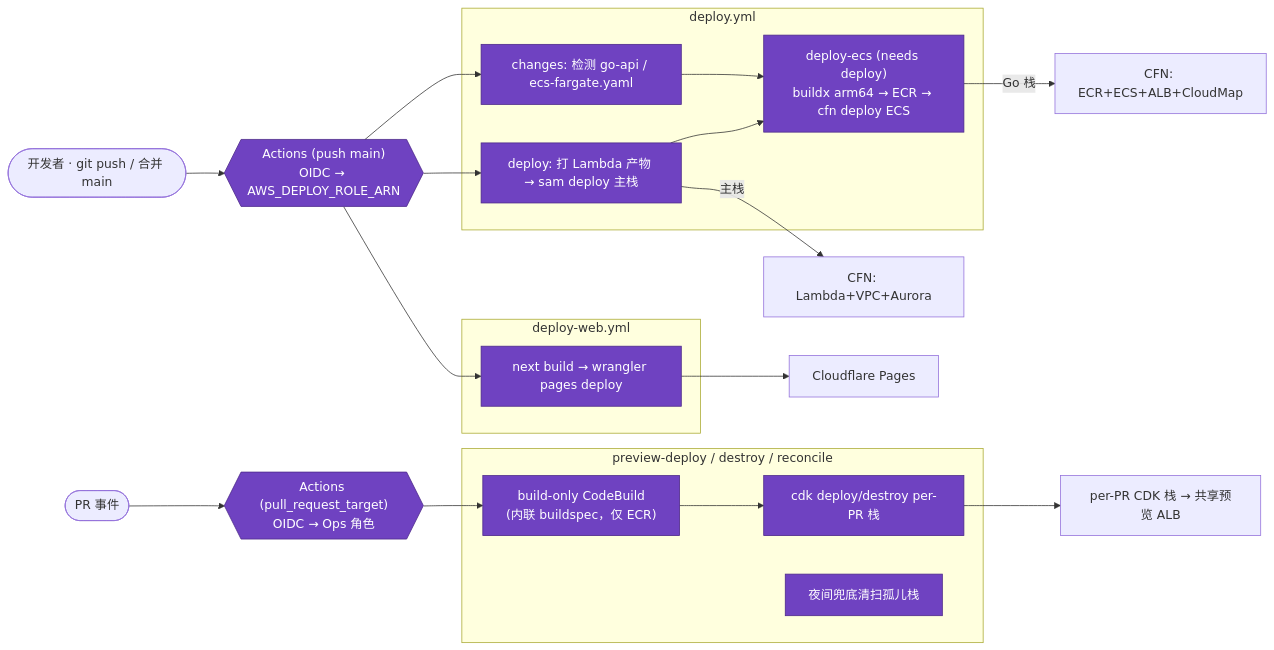
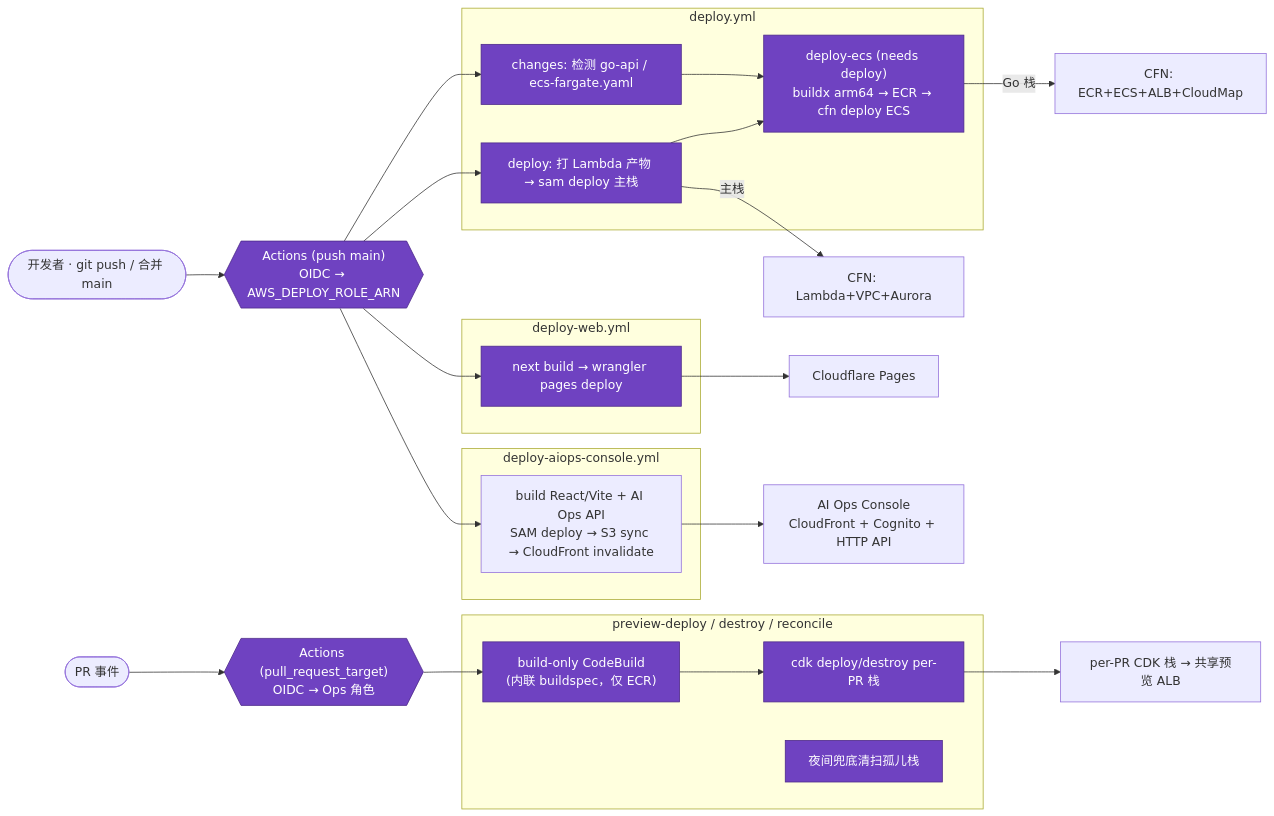
One commit to PrettyKing/github-repositories-fllow changed the third of 9 diagrams in docs/架构图.md. Above: the diagram before and after it, drawn with Mermaid. The commit also changed other lines of this file and 32 other files, not shown here.

Commit message:
feat: add React AI Ops console

````diff
--- a/docs/架构图.md
+++ b/docs/架构图.md
@@ -100,35 +120,40 @@
 ```mermaid
 graph LR
     Dev(["开发者 · git push / 合并 main"]) --> GHA{{"Actions (push main)<br/>OIDC → AWS_DEPLOY_ROLE_ARN"}}
     PRev(["PR 事件"]) --> GHA2{{"Actions (pull_request_target)<br/>OIDC → Ops 角色"}}
 
     subgraph W1["deploy.yml"]
         J1["deploy: 打 Lambda 产物 → sam deploy 主栈"]
         J2["changes: 检测 go-api / ecs-fargate.yaml"]
         J3["deploy-ecs (needs deploy)<br/>buildx arm64 → ECR → cfn deploy ECS"]
     end
     subgraph W2["deploy-web.yml"]
         J4["next build → wrangler pages deploy"]
     end
     subgraph W3["preview-deploy / destroy / reconcile"]
         J5["build-only CodeBuild<br/>(内联 buildspec，仅 ECR)"]
         J6["cdk deploy/destroy per-PR 栈"]
         J7["夜间兜底清扫孤儿栈"]
     end
+    subgraph W4["deploy-aiops-console.yml"]
+        J8["build React/Vite + AI Ops API<br/>SAM deploy → S3 sync → CloudFront invalidate"]
+    end
 
     J5 --> J6
     GHA --> J1
     GHA --> J2
     J1 --> J3
     J2 --> J3
     GHA --> J4
+    GHA --> J8
     GHA2 --> J5
 
     J1 -->|主栈| CFN1["CFN: Lambda+VPC+Aurora"]
     J3 -->|Go 栈| CFN2["CFN: ECR+ECS+ALB+CloudMap"]
     J4 --> PAGES["Cloudflare Pages"]
     J6 --> ENV["per-PR CDK 栈 → 共享预览 ALB"]
+    J8 --> AIOPSWEB["AI Ops Console<br/>CloudFront + Cognito + HTTP API"]
 
     classDef ci fill:#6f42c1,stroke:#4c2889,color:#fff
     class GHA,GHA2,J1,J2,J3,J4,J5,J6,J7 ci
 ```
````
